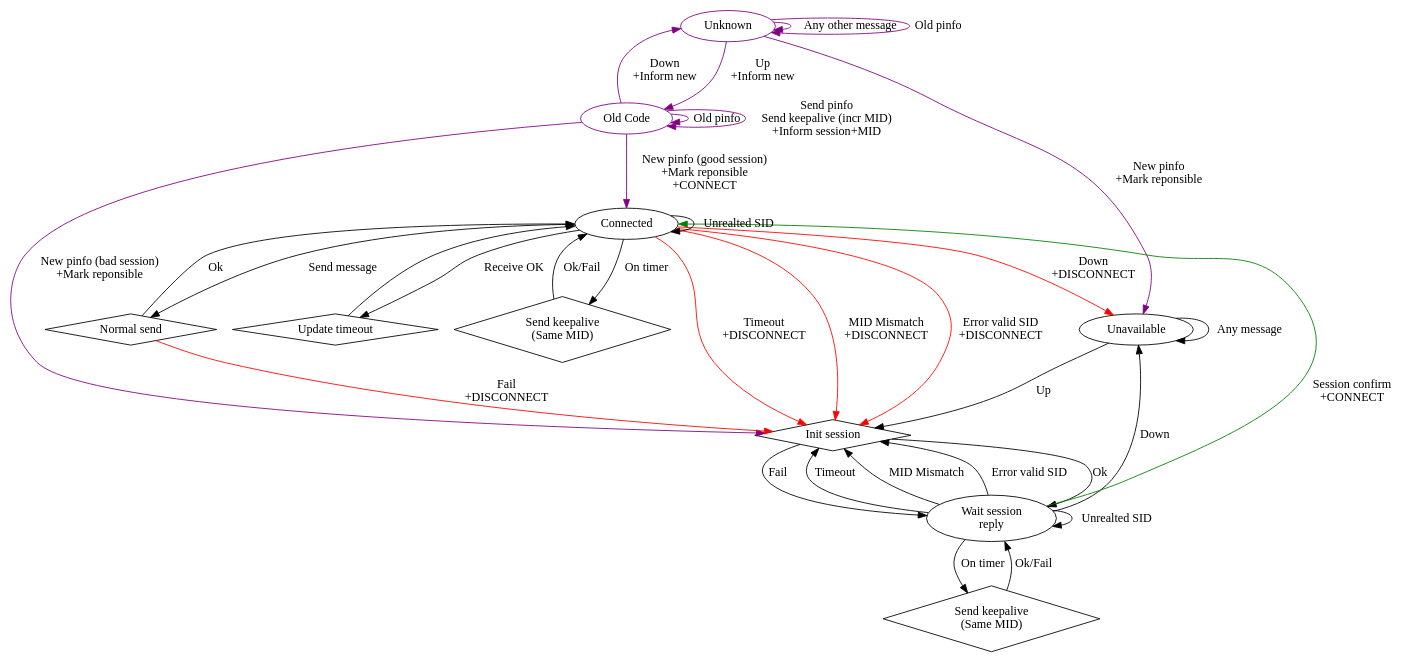
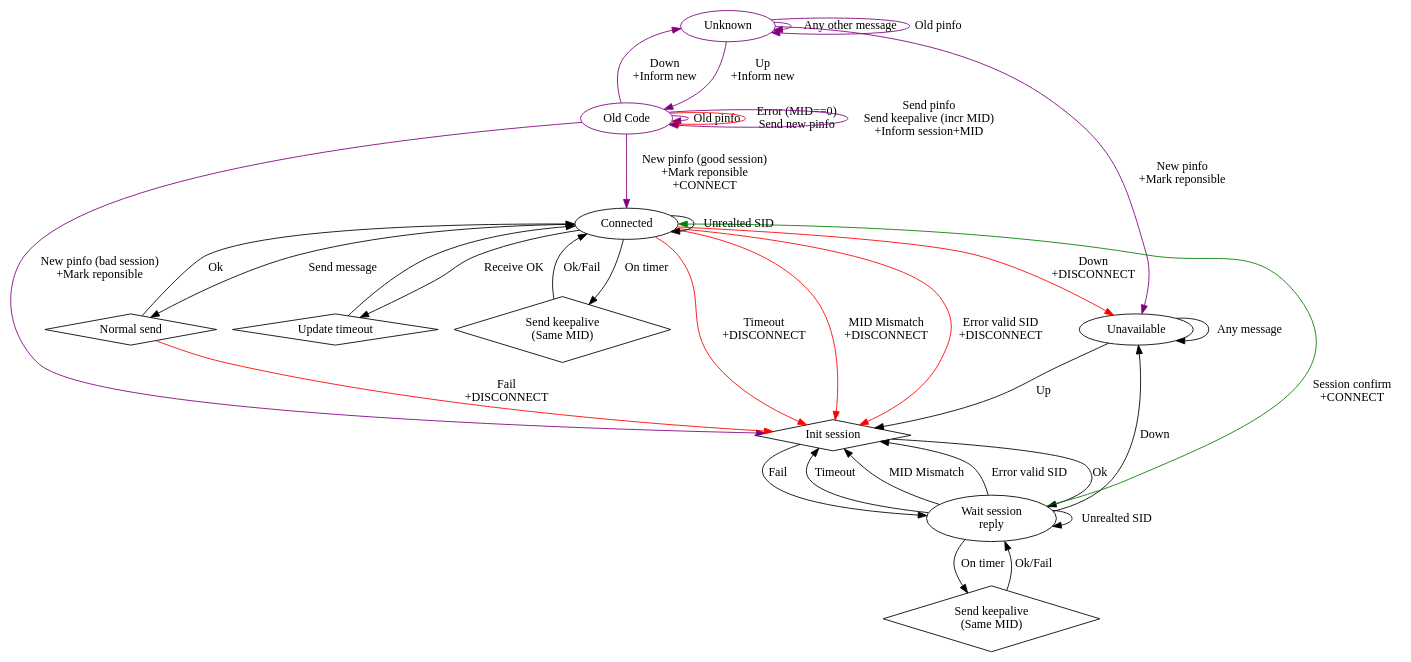
The diagram in doc/developer/images/initiator_with_old.dot (bmwcarit/ramses), drawn with Graphviz before and after one commit. The commit also changed 21 other files, not shown here.

```diff
--- a/doc/developer/images/initiator_with_old.dot
+++ b/doc/developer/images/initiator_with_old.dot
@@ -1,79 +1,80 @@
 //  -------------------------------------------------------------------------
 //  Copyright (C) 2021 BMW AG
 //  -------------------------------------------------------------------------
 //  This Source Code Form is subject to the terms of the Mozilla Public
 //  License, v. 2.0. If a copy of the MPL was not distributed with this
 //  file, You can obtain one at https://mozilla.org/MPL/2.0/.
 //  -------------------------------------------------------------------------
 
 digraph Initiator {
     {
         unknown [label="Unknown" color=purple]
         old_code [label="Old Code" color=purple]
 
         unavailable [label="Unavailable"]
         send_session [label="Init session" shape=diamond]
         session_wait [label="Wait session\nreply"]
         connected [label="Connected"]
         normal_send [label="Normal send" shape=diamond]
         update_timeout [label="Update timeout" shape=diamond]
         send_keepalive_wait_session [label="Send keepalive\n(Same MID)" shape=diamond]
         send_keepalive_connected [label="Send keepalive\n(Same MID)" shape=diamond]
     }
 
     unknown -> unavailable [label="New pinfo\n+Mark reponsible" color=purple]
     unknown -> old_code [label="Up\n+Inform new" color=purple]
     unknown -> unknown [label="Any other message" color=purple]
     unknown -> unknown [label="Old pinfo" color=purple]
 
     old_code ->unknown [label="Down\n+Inform new" color=purple]
     old_code -> send_session [label="New pinfo (bad session)\n+Mark reponsible" color=purple]
     old_code -> old_code [label="Old pinfo" color=purple]
+    old_code -> old_code [label="Error (MID==0)\nSend new pinfo" color=red]
 
     // Must send incrementing MID in keepalive otherwise old code might get confused (We do not know remote yet)
     // - Must inform new code of session to be able to match correct session replies
     // - Must inform new code of last sent MID to pick up there (potentially incremented by pinfo+keepalives)
     old_code -> old_code [label="Send pinfo\nSend keepalive (incr MID)\n+Inform session+MID" color=purple]
 
     // this has 1:2^64 chance to match by accident (remote did not get our session (yet) and chose same by chance).
     // will recover by:
     // - remote getting our session (later) and then still replies again -> mismatch -> reinit
     // - our pinfo got lost but keepalives get through eventually -> mismatch -> error -> reinit
     old_code -> connected [label="New pinfo (good session)\n+Mark reponsible\n+CONNECT" color=purple]
 
     unavailable -> send_session [label="Up"]
     unavailable -> unavailable [label="Any message"]  // could go to unknown on old pinfo for live switch to old
 
     send_session -> session_wait [label="Ok"]
     send_session -> session_wait [label="Fail"]
 
     session_wait -> unavailable [label="Down"]  // Could go to unknwon for live switch to old
     session_wait -> session_wait [label="Unrealted SID"]
     session_wait -> send_session [label="Timeout"]
     session_wait -> send_session [label="MID Mismatch"]
     session_wait -> send_session [label="Error valid SID"]
     session_wait -> connected [label="Session confirm\n+CONNECT" color=green]
     session_wait -> send_keepalive_wait_session [label="On timer"]
 
     send_keepalive_wait_session -> session_wait [label="Ok/Fail"]
 
     connected -> unavailable [label="Down\n+DISCONNECT" color=red]  // Could go to unknwon for live switch to old
     connected -> update_timeout [label="Receive OK"]
     connected -> connected [label="Unrealted SID"]  // really?
     connected -> send_session [label="Timeout\n+DISCONNECT" color=red]
     connected -> send_session [label="MID Mismatch\n+DISCONNECT" color=red]
     connected -> send_session [label="Error valid SID\n+DISCONNECT" color=red]
     connected -> normal_send [label="Send message"]
     connected -> send_keepalive_connected [label="On timer"]
 
     normal_send -> connected [label="Ok"]
     normal_send -> send_session [label="Fail\n+DISCONNECT" color=red]
 
     update_timeout -> connected
 
     send_keepalive_connected -> connected [label="Ok/Fail"]
 
     // Could be extended by falling back to old code on any old pinfo received in new -> extend compatibility when really needed
     // (would fully remove/disconnect participant and now handle this pinfo, letting it through to old code. Might have issues
     // with up/down tracking of old code when not very careful)
 }
```
